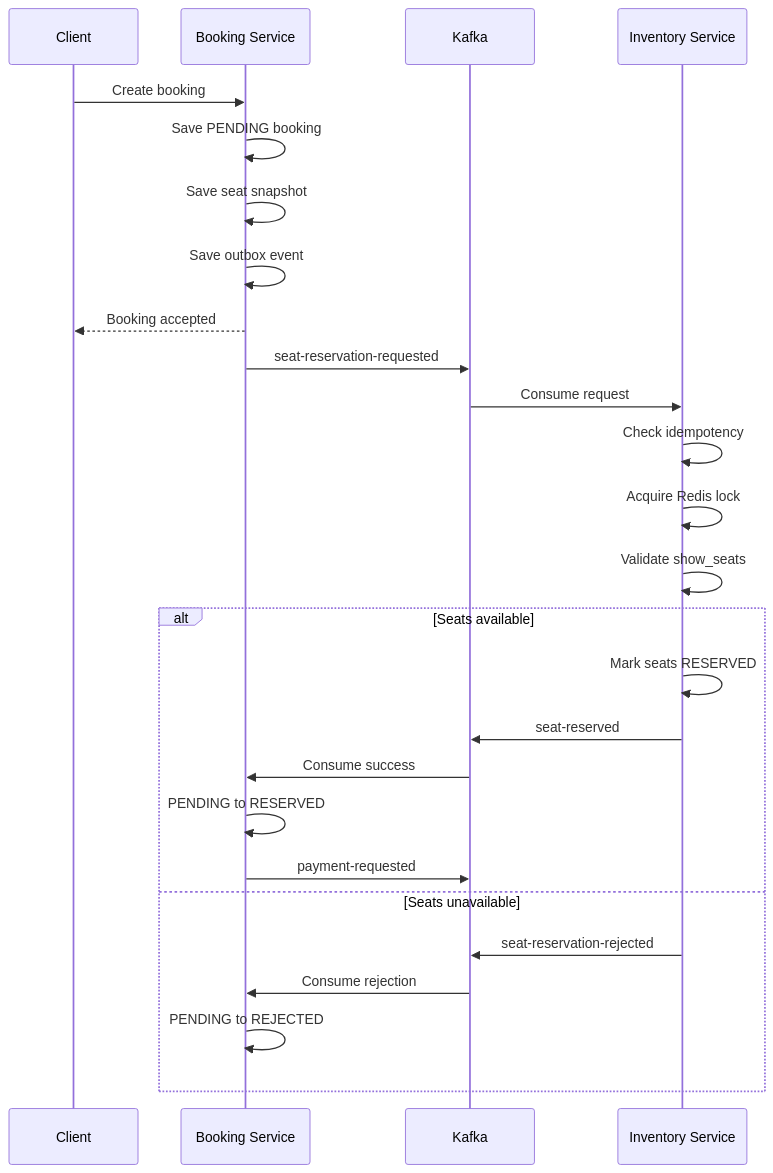
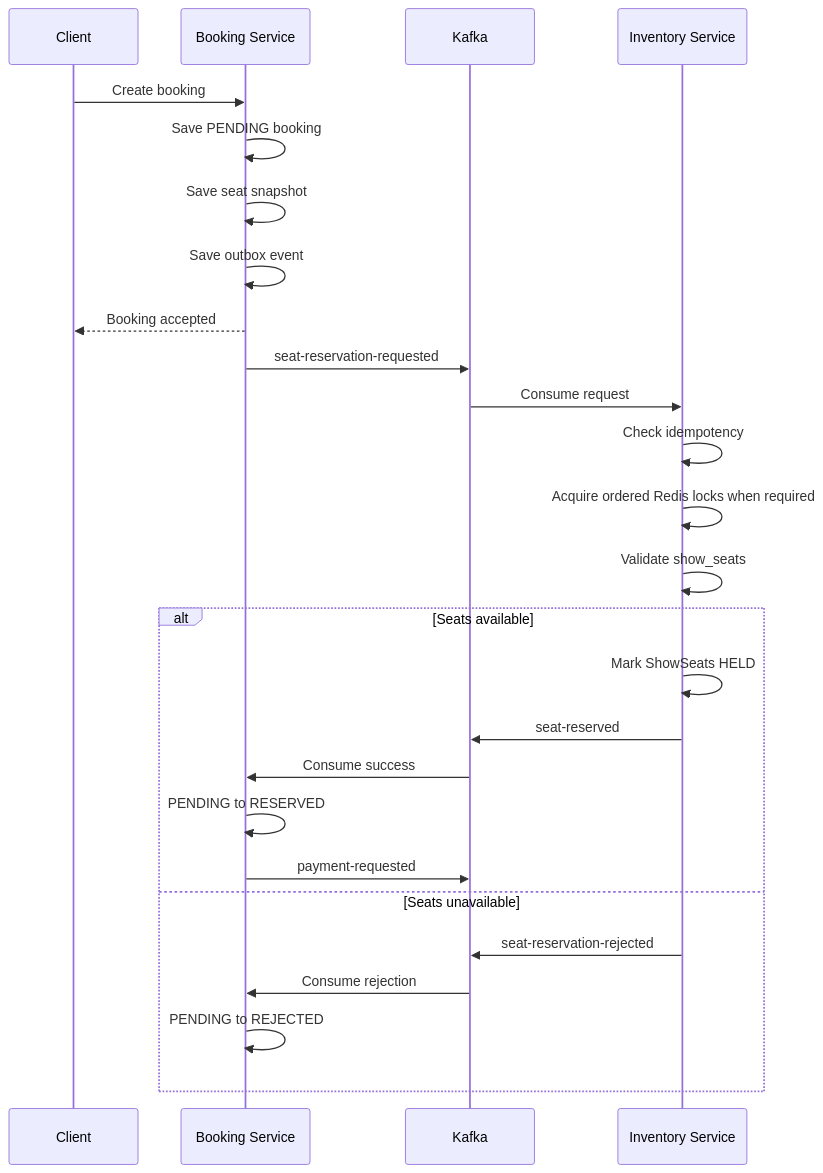
Before and after one commit to HuyKunNe/cinema-system: the second of 2 diagrams in docs/00_PROJECT_CONTEXT.md, drawn with Mermaid. The commit also changed other lines of this file and 17 other files, not shown here.

````diff
--- a/docs/00_PROJECT_CONTEXT.md
+++ b/docs/00_PROJECT_CONTEXT.md
@@ -294,32 +342,32 @@
 ```mermaid
 sequenceDiagram
     participant Client
     participant Booking as Booking Service
     participant Kafka
     participant Inventory as Inventory Service
 
     Client->>Booking: Create booking
     Booking->>Booking: Save PENDING booking
     Booking->>Booking: Save seat snapshot
     Booking->>Booking: Save outbox event
     Booking-->>Client: Booking accepted
 
     Booking->>Kafka: seat-reservation-requested
     Kafka->>Inventory: Consume request
 
     Inventory->>Inventory: Check idempotency
-    Inventory->>Inventory: Acquire Redis lock
+    Inventory->>Inventory: Acquire ordered Redis locks when required
     Inventory->>Inventory: Validate show_seats
 
     alt Seats available
-        Inventory->>Inventory: Mark seats RESERVED
+        Inventory->>Inventory: Mark ShowSeats HELD
         Inventory->>Kafka: seat-reserved
         Kafka->>Booking: Consume success
         Booking->>Booking: PENDING to RESERVED
         Booking->>Kafka: payment-requested
     else Seats unavailable
         Inventory->>Kafka: seat-reservation-rejected
         Kafka->>Booking: Consume rejection
         Booking->>Booking: PENDING to REJECTED
     end
 ```
````
